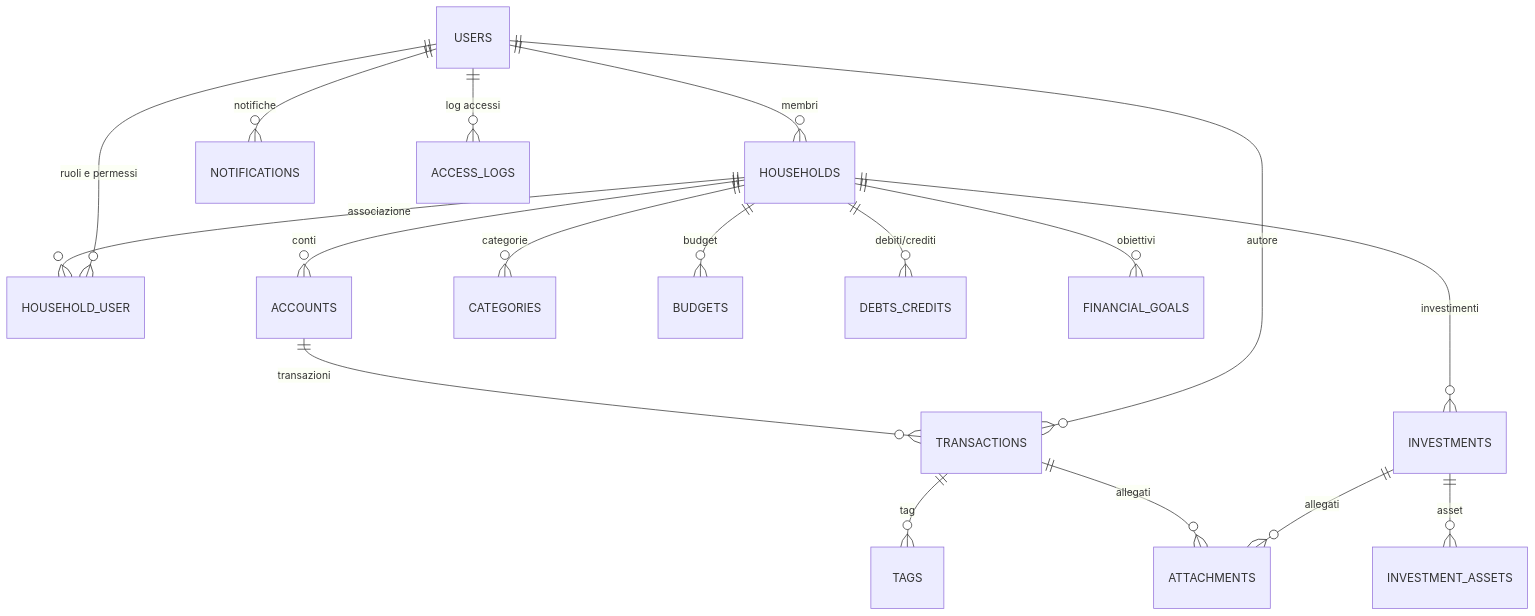
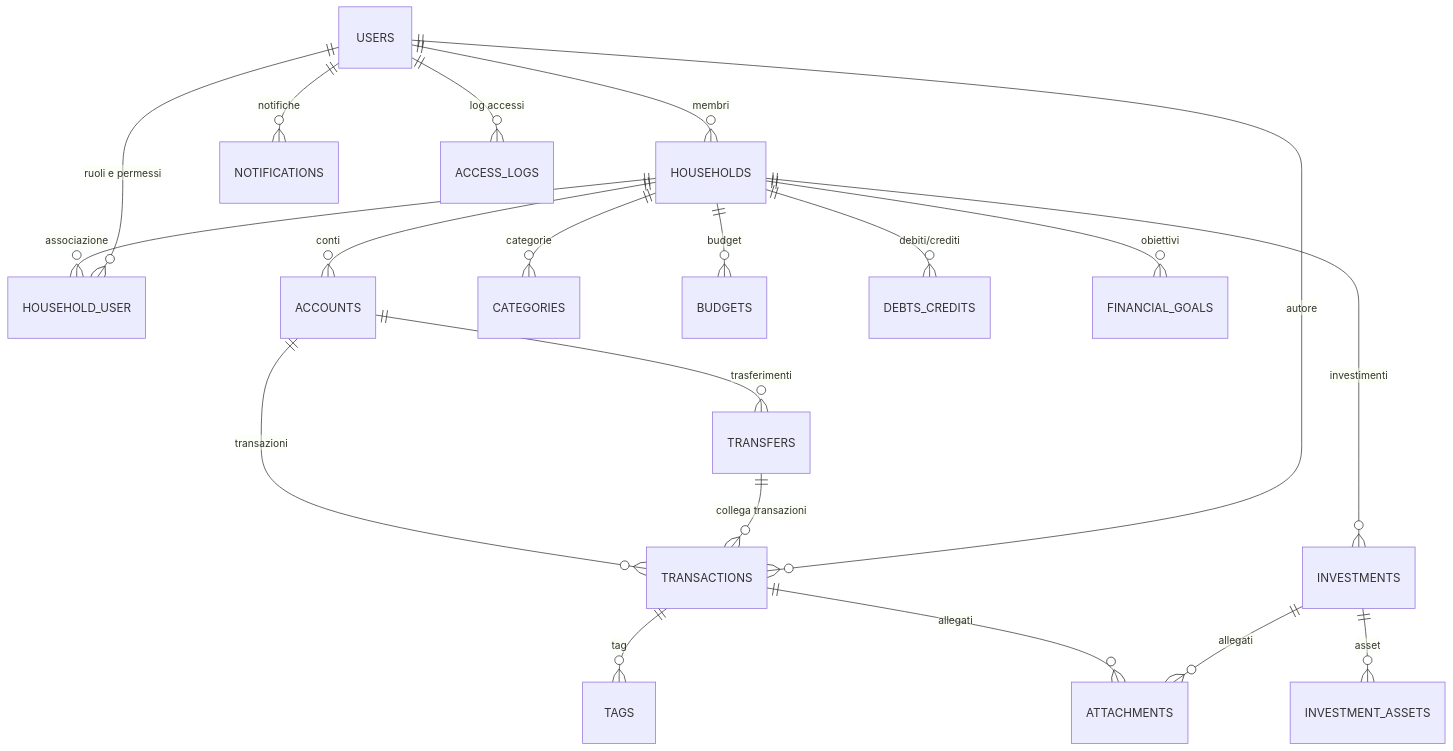
Before and after one commit to mnossa/finanzamente: the first of 2 diagrams in DIAGRAMS.md, drawn with Mermaid. The commit also changed 172 other files, not shown here.

````diff
--- a/DIAGRAMS.md
+++ b/DIAGRAMS.md
@@ -3,20 +3,22 @@
 ```mermaid
 erDiagram
     USERS ||--o{ HOUSEHOLDS : "membri"
     HOUSEHOLDS ||--o{ HOUSEHOLD_USER : "associazione"
     USERS ||--o{ HOUSEHOLD_USER : "ruoli e permessi"
     HOUSEHOLDS ||--o{ ACCOUNTS : "conti"
     ACCOUNTS ||--o{ TRANSACTIONS : "transazioni"
+    ACCOUNTS ||--o{ TRANSFERS : "trasferimenti"
+    TRANSFERS ||--o{ TRANSACTIONS : "collega transazioni"
     TRANSACTIONS ||--o{ TAGS : "tag"
     TRANSACTIONS ||--o{ ATTACHMENTS : "allegati"
     HOUSEHOLDS ||--o{ CATEGORIES : "categorie"
     USERS ||--o{ TRANSACTIONS : "autore"
     HOUSEHOLDS ||--o{ INVESTMENTS : "investimenti"
     INVESTMENTS ||--o{ INVESTMENT_ASSETS : "asset"
     INVESTMENTS ||--o{ ATTACHMENTS : "allegati"
     HOUSEHOLDS ||--o{ BUDGETS : "budget"
     HOUSEHOLDS ||--o{ DEBTS_CREDITS : "debiti/crediti"
     HOUSEHOLDS ||--o{ FINANCIAL_GOALS : "obiettivi"
     USERS ||--o{ NOTIFICATIONS : "notifiche"
     USERS ||--o{ ACCESS_LOGS : "log accessi"
 ```
````
